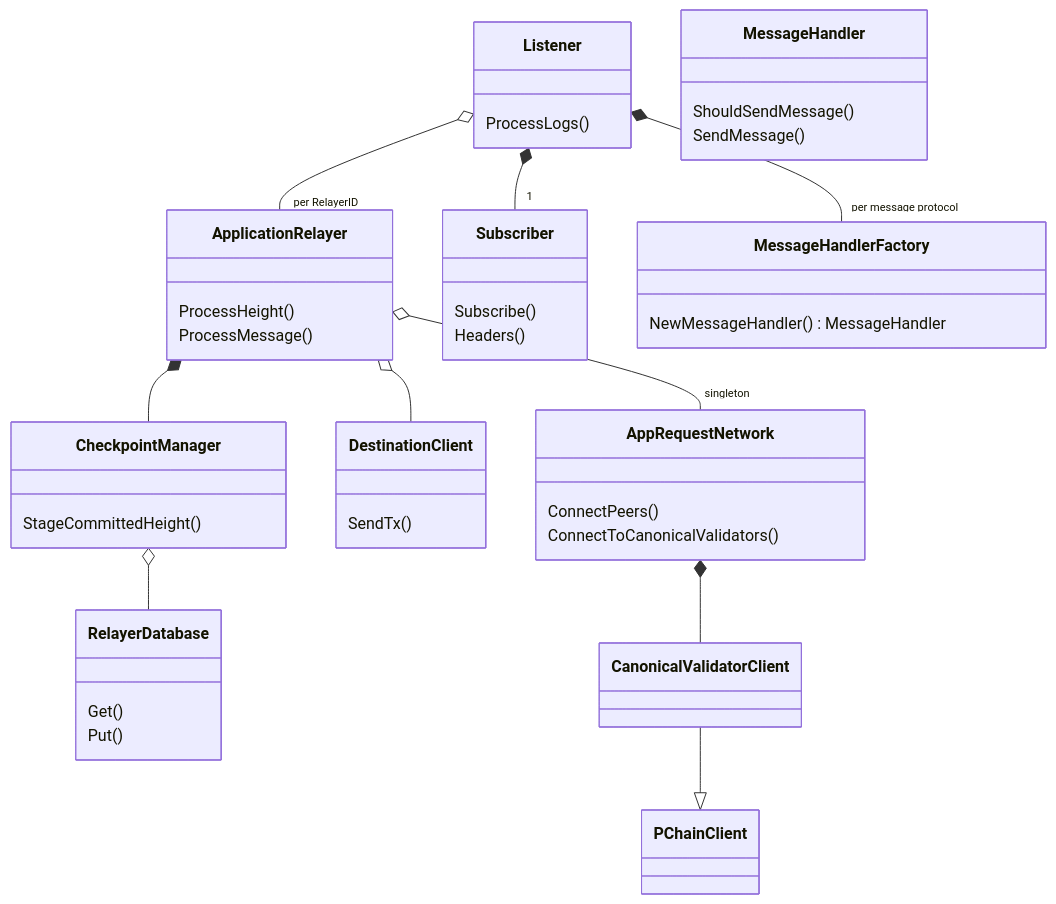
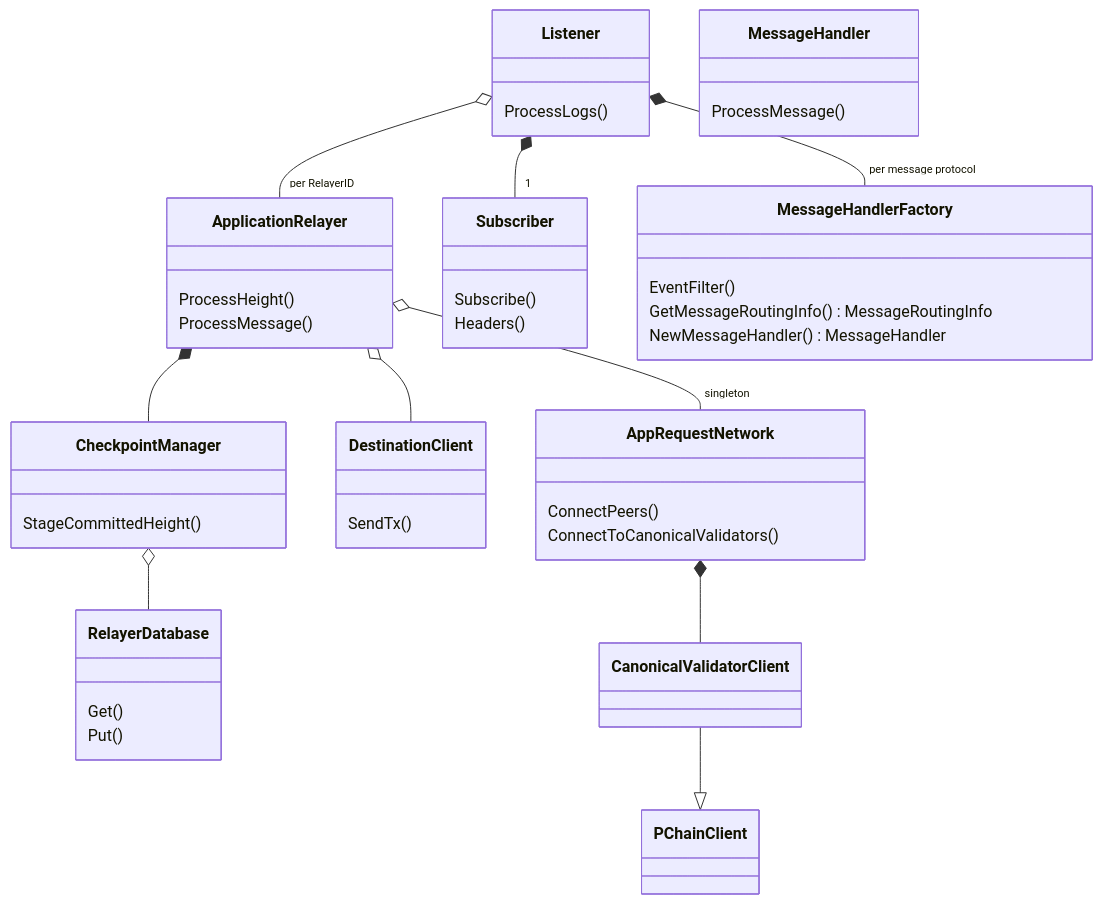
The diagram in docs/architecture.md (ava-labs/icm-services), drawn with Mermaid before and after one commit. The commit also changed 11 other files, not shown here.

````diff
--- a/docs/architecture.md
+++ b/docs/architecture.md
@@ -5,27 +5,28 @@
 ```mermaid
 classDiagram
     Listener o-- "per RelayerID" ApplicationRelayer
     Listener *-- "1" Subscriber
     Listener *-- "per message protocol" MessageHandlerFactory
     ApplicationRelayer o-- "singleton" AppRequestNetwork
     ApplicationRelayer o-- DestinationClient
     ApplicationRelayer *-- CheckpointManager
     CheckpointManager o-- RelayerDatabase
     AppRequestNetwork *-- CanonicalValidatorClient
     CanonicalValidatorClient --|> PChainClient
 
     Listener : ProcessLogs()
     ApplicationRelayer : ProcessHeight()
     ApplicationRelayer : ProcessMessage()
     CheckpointManager : StageCommittedHeight()
     Subscriber : Subscribe()
     Subscriber : Headers()
     DestinationClient : SendTx()
+    MessageHandlerFactory : EventFilter()
+    MessageHandlerFactory : GetMessageRoutingInfo() MessageRoutingInfo
     MessageHandlerFactory : NewMessageHandler() MessageHandler
-    MessageHandler : ShouldSendMessage()
-    MessageHandler : SendMessage()
+    MessageHandler : ProcessMessage()
     RelayerDatabase : Get()
     RelayerDatabase : Put()
     AppRequestNetwork : ConnectPeers()
     AppRequestNetwork : ConnectToCanonicalValidators()
 ```
````
